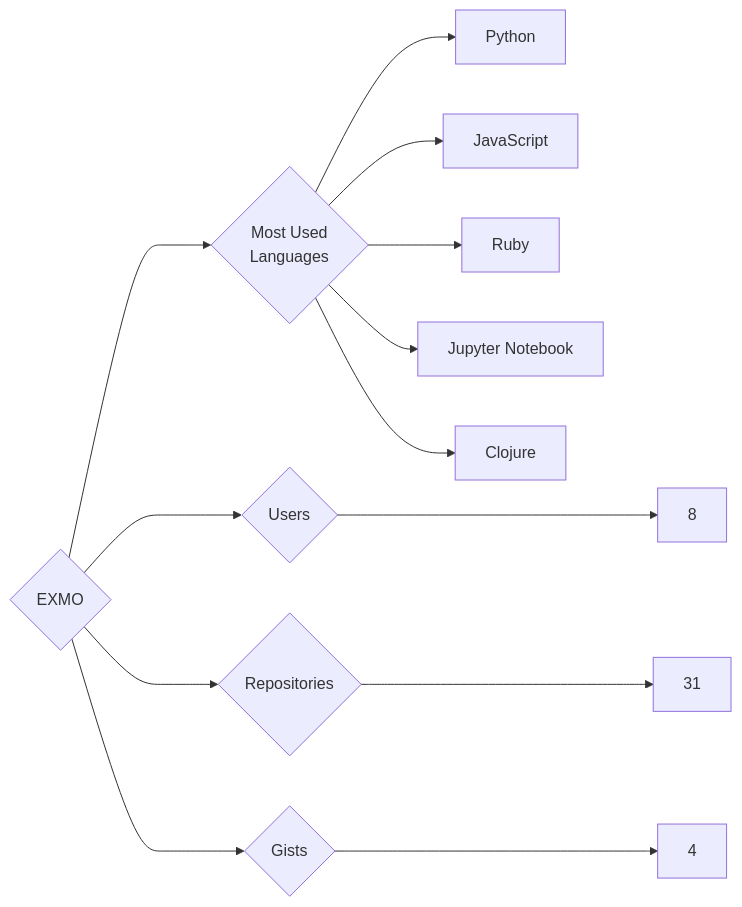
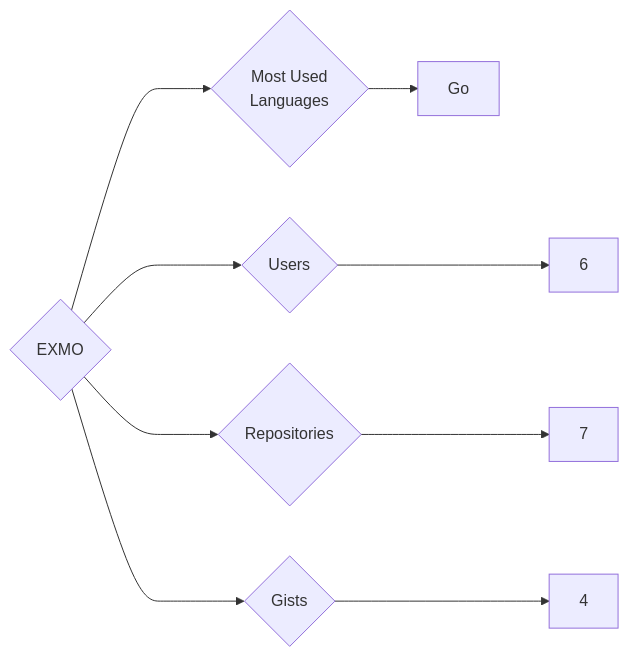
One commit to trickest/insiders changed the diagram in targets/EXMO/README.md. Above: the diagram before and after it, drawn with Mermaid. The commit also changed 1078 other files, not shown here.

````diff
--- a/targets/EXMO/README.md
+++ b/targets/EXMO/README.md
@@ -3,13 +3,9 @@
 ```mermaid
 graph LR
 COMPANY_NAME{EXMO}
-COMPANY_NAME ---> U{Users} ---> UN[8]
-COMPANY_NAME ---> R{Repositories} ---> RN[31]
+COMPANY_NAME ---> U{Users} ---> UN[6]
+COMPANY_NAME ---> R{Repositories} ---> RN[7]
 COMPANY_NAME ---> G{Gists} ---> GN[4]
 COMPANY_NAME ---> ML{Most Used<br>Languages}
-ML --> Python[Python]
-ML --> JavaScript[JavaScript]
-ML --> Ruby[Ruby]
-ML --> Jupyter_Notebook[Jupyter Notebook]
-ML --> Clojure[Clojure]
+ML --> Go[Go]
 ```
````
